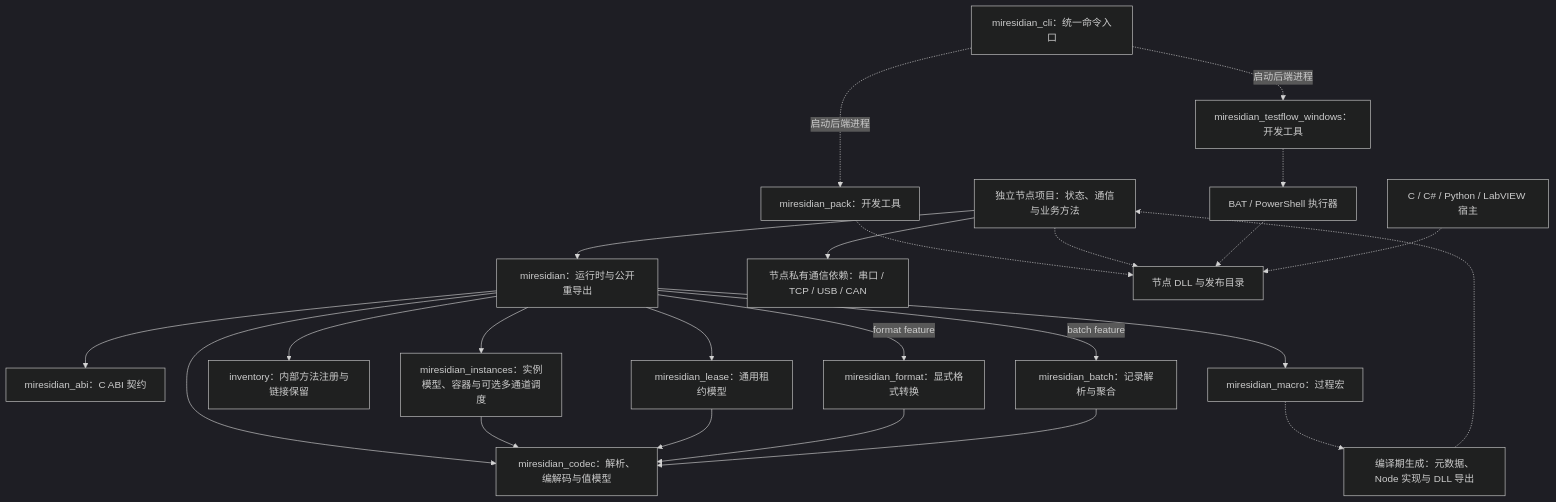
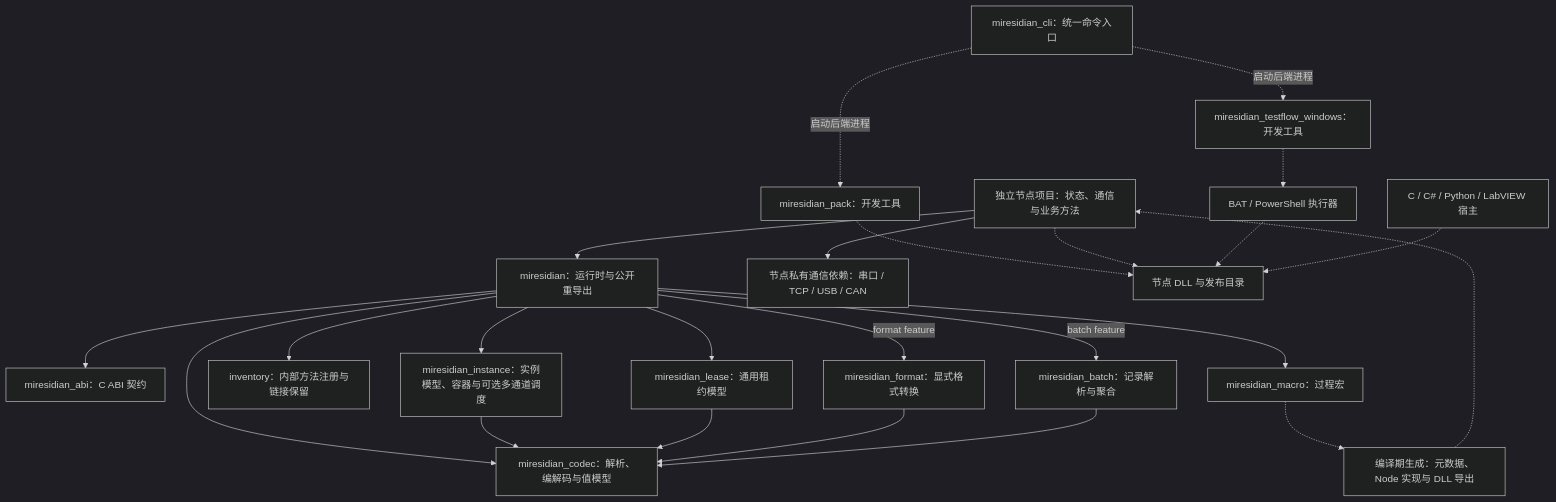
Before and after one commit to MyMires/miresidian: the first of 3 diagrams in docs/architecture.md, drawn with Mermaid (dark theme). The commit also changed other lines of this file and 181 other files, not shown here.

````diff
--- a/docs/architecture.md
+++ b/docs/architecture.md
@@ -13,26 +13,26 @@
 ```mermaid
 flowchart TB
     node["独立节点项目：状态、通信与业务方法"] --> runtime["miresidian：运行时与公开重导出"]
     node --> transport["节点私有通信依赖：串口 / TCP / USB / CAN"]
     runtime --> abi["miresidian_abi：C ABI 契约"]
     runtime --> codec["miresidian_codec：解析、编解码与值模型"]
     runtime --> macros["miresidian_macro：过程宏"]
     runtime --> registry["inventory：内部方法注册与链接保留"]
-    runtime --> instances["miresidian_instances：实例模型、容器与可选多通道调度"]
-    instances --> codec
+    runtime --> instance["miresidian_instance：实例模型、容器与可选多通道调度"]
+    instance --> codec
     runtime --> lease["miresidian_lease：通用租约模型"]
     lease --> codec
     runtime -->|format feature| format["miresidian_format：显式格式转换"]
     format --> codec
     runtime -->|batch feature| batch["miresidian_batch：记录解析与聚合"]
     batch --> codec
     macros -.-> generated["编译期生成：元数据、Node 实现与 DLL 导出"]
     generated -.-> node
     pack["miresidian_pack：开发工具"] -.-> dll["节点 DLL 与发布目录"]
     node -.-> dll
     testflow["miresidian_testflow_windows：开发工具"] -.-> bat["BAT / PowerShell 执行器"]
     cli["miresidian_cli：统一命令入口"] -.->|启动后端进程| pack
     cli -.->|启动后端进程| testflow
     bat -.-> dll
     host["C / C# / Python / LabVIEW 宿主"] -.-> dll
 ```
````
